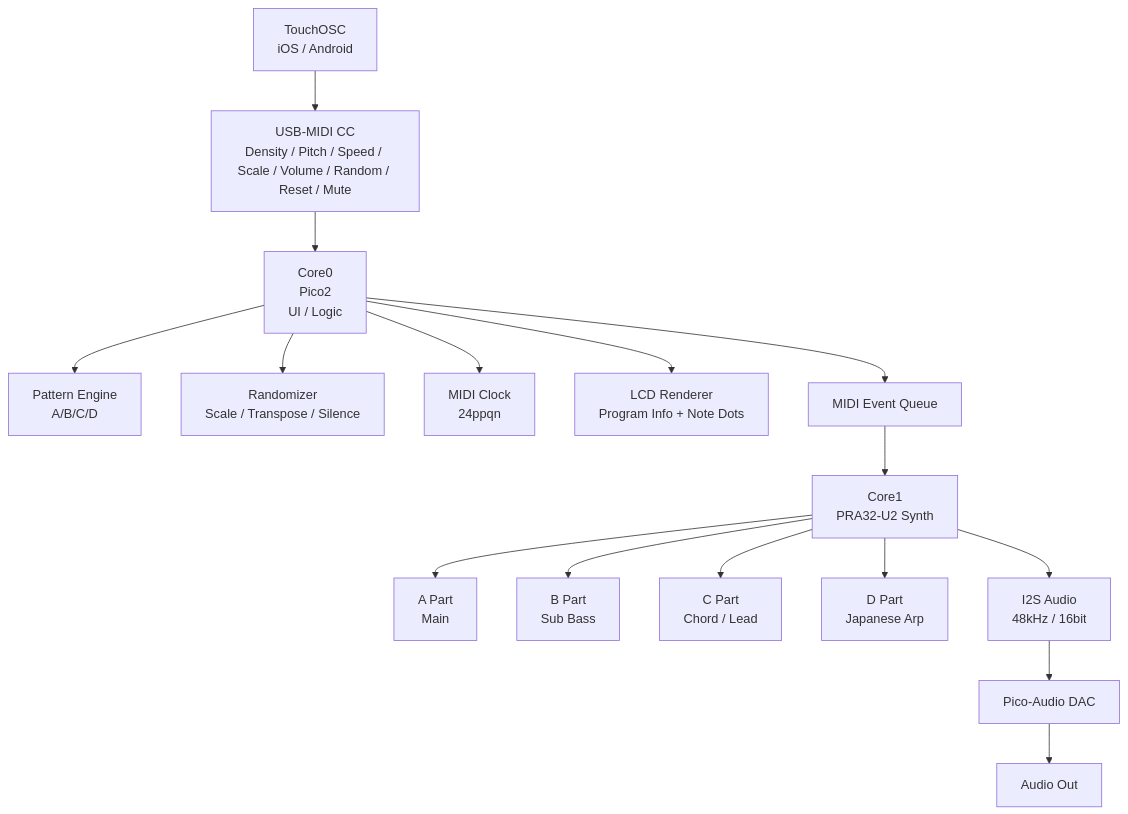
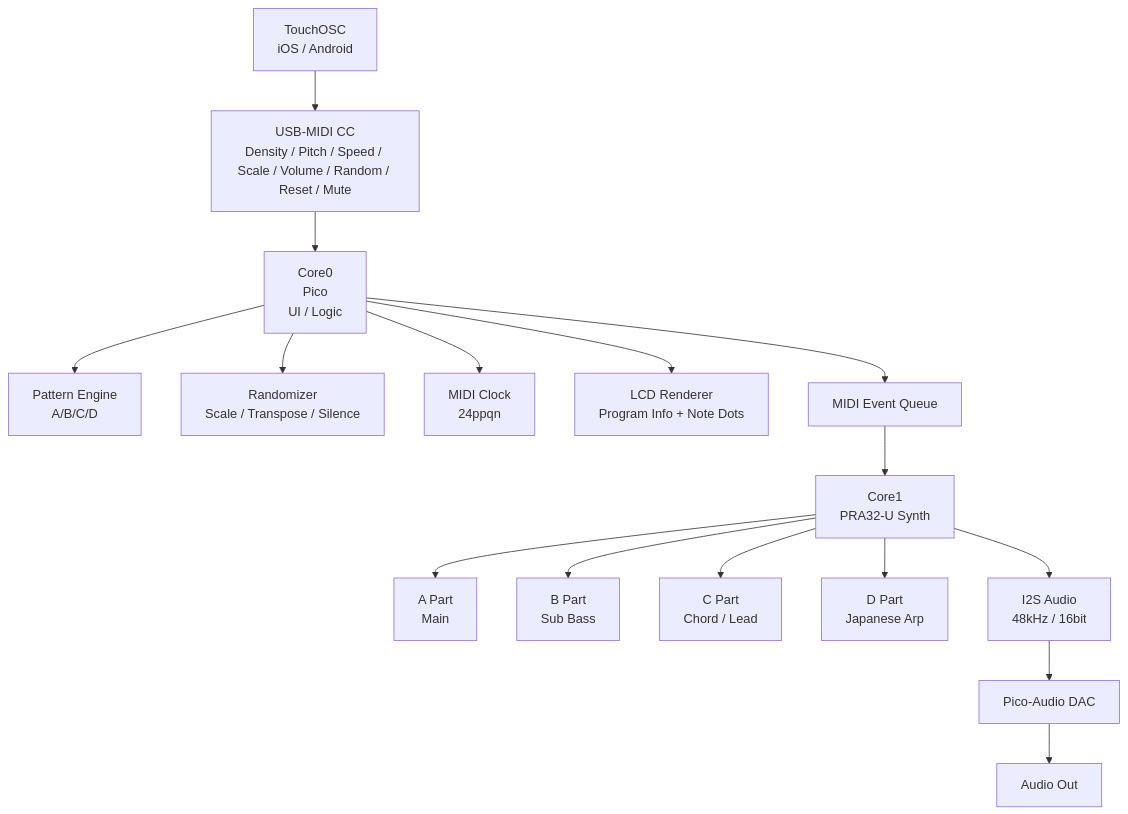
One commit to plantssystem/KOSMOS2 changed the first of 2 diagrams in README.md. Above: the diagram before and after it, drawn with Mermaid. The commit also changed other lines of this file, not shown here.

````diff
--- a/README.md
+++ b/README.md
@@ -77,39 +39,39 @@
 ```mermaid
 flowchart TD
 
     %% ============================
     %% 外部コントローラー
     %% ============================
     TO[TouchOSC<br/>iOS / Android] --> CC[USB-MIDI CC<br/>Density / Pitch / Speed / Scale / Volume / Random / Reset / Mute]
 
     %% ============================
     %% Core0（UI + ロジック）
     %% ============================
-    CC --> C0[Core0<br/>Pico2<br/>UI / Logic]
+    CC --> C0[Core0<br/>Pico<br/>UI / Logic]
 
     C0 --> PAT[Pattern Engine<br/>A/B/C/D]
     C0 --> RAND[Randomizer<br/>Scale / Transpose / Silence]
     C0 --> CLOCK[MIDI Clock<br/>24ppqn]
     C0 --> LCD[LCD Renderer<br/>Program Info + Note Dots]
 
     %% Core0 → Core1
     C0 --> Q[MIDI Event Queue]
 
     %% ============================
-    %% Core1（PRA32-U2 シンセ）
+    %% Core1（PRA32-U シンセ）
     %% ============================
-    Q --> C1[Core1<br/>PRA32-U2 Synth]
+    Q --> C1[Core1<br/>PRA32-U Synth]
 
     C1 --> A[A Part<br/>Main]
     C1 --> B[B Part<br/>Sub Bass]
     C1 --> C[C Part<br/>Chord / Lead]
     C1 --> D[D Part<br/>Japanese Arp]
 
     %% ============================
     %% オーディオ出力
     %% ============================
     C1 --> I2S[I2S Audio<br/>48kHz / 16bit]
     I2S --> DAC[Pico-Audio DAC]
     DAC --> OUT[Audio Out]
 
 ```
````
